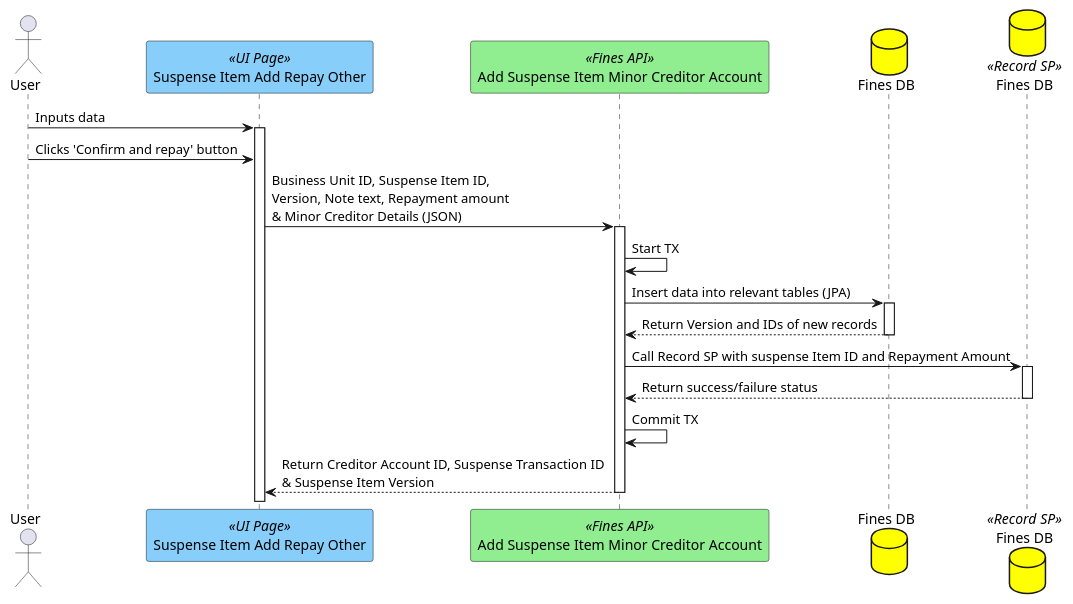
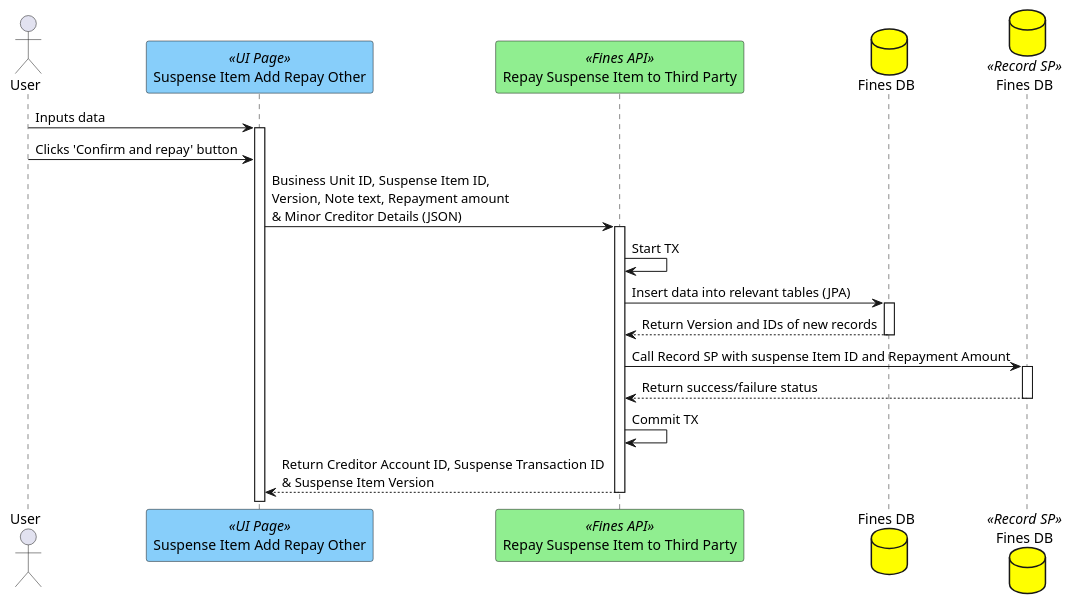
Before and after one commit to hmcts/opal-docs: the diagram in plantUML/sus-repayment-3rd-party/sus-repayment-3rd-party.puml, drawn with PlantUML.

Commit message:
suspense 3

```diff
--- a/plantUML/sus-repayment-3rd-party/sus-repayment-3rd-party.puml
+++ b/plantUML/sus-repayment-3rd-party/sus-repayment-3rd-party.puml
@@ -1,19 +1,19 @@
 @startuml
 actor "User" as user
 participant "Suspense Item Add Repay Other" as repayOther <<UI Page>> #lightskyblue
-participant "Add Suspense Item Minor Creditor Account" as addsusmc <<Fines API>> #lightgreen
+participant "Repay Suspense Item to Third Party" as repaysusother <<Fines API>> #lightgreen
 database "Fines DB" as db #yellow
 database "Fines DB" as db1 <<Record SP>> #yellow
 
 user ->  repayOther ++: Inputs data
 user ->  repayOther : Clicks 'Confirm and repay' button
-repayOther -> addsusmc ++: Business Unit ID, Suspense Item ID, \nVersion, Note text, Repayment amount \n& Minor Creditor Details (JSON)
-addsusmc -> addsusmc : Start TX
-addsusmc -> db ++: Insert data into relevant tables (JPA)
-db --> addsusmc --: Return Version and IDs of new records
-addsusmc -> db1 ++: Call Record SP with suspense Item ID and Repayment Amount
-db1 --> addsusmc --: Return success/failure status
-addsusmc -> addsusmc : Commit TX
-addsusmc --> repayOther --: Return Creditor Account ID, Suspense Transaction ID \n& Suspense Item Version
+repayOther -> repaysusother ++: Business Unit ID, Suspense Item ID, \nVersion, Note text, Repayment amount \n& Minor Creditor Details (JSON)
+repaysusother -> repaysusother : Start TX
+repaysusother -> db ++: Insert data into relevant tables (JPA)
+db --> repaysusother --: Return Version and IDs of new records
+repaysusother -> db1 ++: Call Record SP with suspense Item ID and Repayment Amount
+db1 --> repaysusother --: Return success/failure status
+repaysusother -> repaysusother : Commit TX
+repaysusother --> repayOther --: Return Creditor Account ID, Suspense Transaction ID \n& Suspense Item Version
 
 @enduml
```
